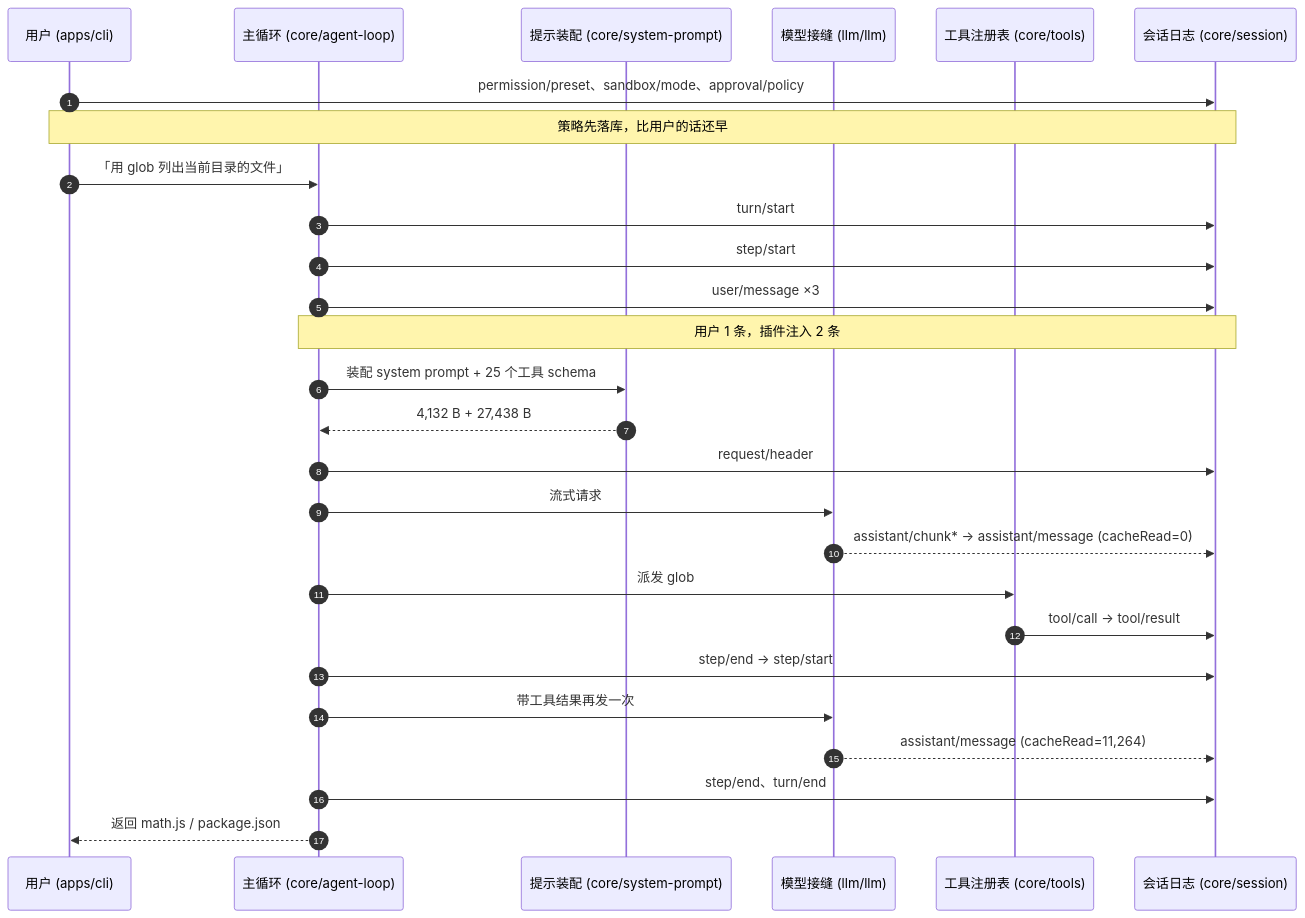
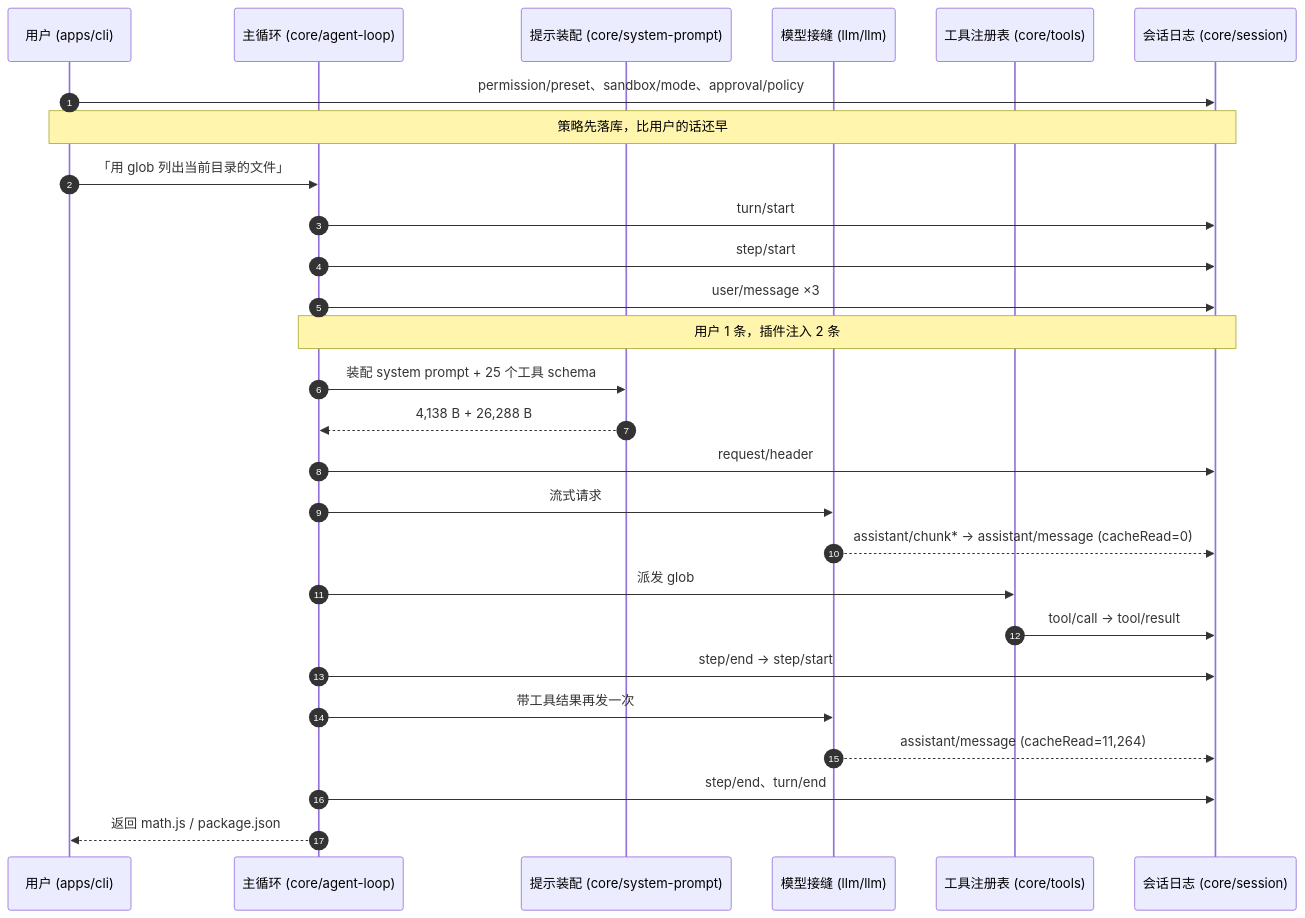
The first of 2 diagrams in book/01-first-look.md (diguike/book-deepseek-harness), drawn with Mermaid before and after one commit. The commit also changed other lines of this file and 28 other files, not shown here.

````diff
--- a/book/01-first-look.md
+++ b/book/01-first-look.md
@@ -93,30 +104,30 @@
 ```mermaid
 sequenceDiagram
     autonumber
     participant U as 用户 (apps/cli)
     participant D as 主循环 (core/agent-loop)
     participant P as 提示装配 (core/system-prompt)
     participant L as 模型接缝 (llm/llm)
     participant T as 工具注册表 (core/tools)
     participant S as 会话日志 (core/session)
 
     U->>S: permission/preset、sandbox/mode、approval/policy
     Note over U,S: 策略先落库，比用户的话还早
     U->>D: 「用 glob 列出当前目录的文件」
     D->>S: turn/start
     D->>S: step/start
     D->>S: user/message ×3
     Note over D,S: 用户 1 条，插件注入 2 条
     D->>P: 装配 system prompt + 25 个工具 schema
-    P-->>D: 4,132 B + 27,438 B
+    P-->>D: 4,138 B + 26,288 B
     D->>S: request/header
     D->>L: 流式请求
     L-->>S: assistant/chunk* → assistant/message (cacheRead=0)
     D->>T: 派发 glob
     T->>S: tool/call → tool/result
     D->>S: step/end → step/start
     D->>L: 带工具结果再发一次
     L-->>S: assistant/message (cacheRead=11,264)
     D->>S: step/end、turn/end
     D-->>U: 返回 math.js / package.json
 ```
````
